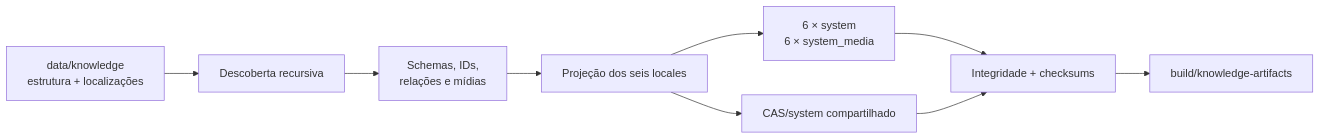
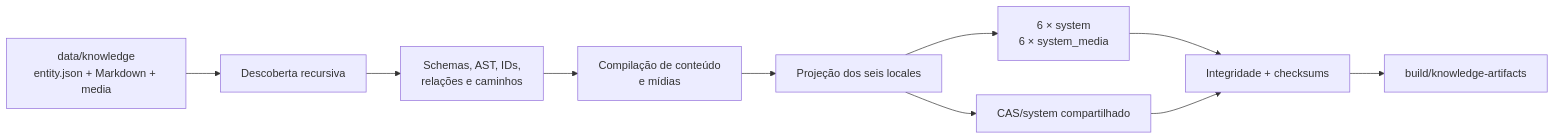
Before and after one commit to migmoroni/veterinary-clinic: the diagram in docs/plans/hub-server/01b-knowledge-builder.md, drawn with Mermaid. The commit also changed other lines of this file and 5 other files, not shown here.

````diff
--- a/docs/plans/hub-server/01b-knowledge-builder.md
+++ b/docs/plans/hub-server/01b-knowledge-builder.md
@@ -93,11 +94,12 @@
 ```mermaid
 flowchart LR
-    DATA["data/knowledge<br/>estrutura + localizações"] --> LOAD["Descoberta recursiva"]
-    LOAD --> VALIDATE["Schemas, IDs,<br/>relações e mídias"]
-    VALIDATE --> PROJECT["Projeção dos seis locales"]
+    DATA["data/knowledge<br/>entity.json + Markdown + media"] --> LOAD["Descoberta recursiva"]
+    LOAD --> VALIDATE["Schemas, AST, IDs,<br/>relações e caminhos"]
+    VALIDATE --> COMPILE["Compilação de conteúdo<br/>e mídias"]
+    COMPILE --> PROJECT["Projeção dos seis locales"]
     PROJECT --> DATABASES["6 × system<br/>6 × system_media"]
     PROJECT --> CAS["CAS/system compartilhado"]
     DATABASES --> VERIFY["Integridade + checksums"]
     CAS --> VERIFY
     VERIFY --> OUTPUT["build/knowledge-artifacts"]
 ```
````
